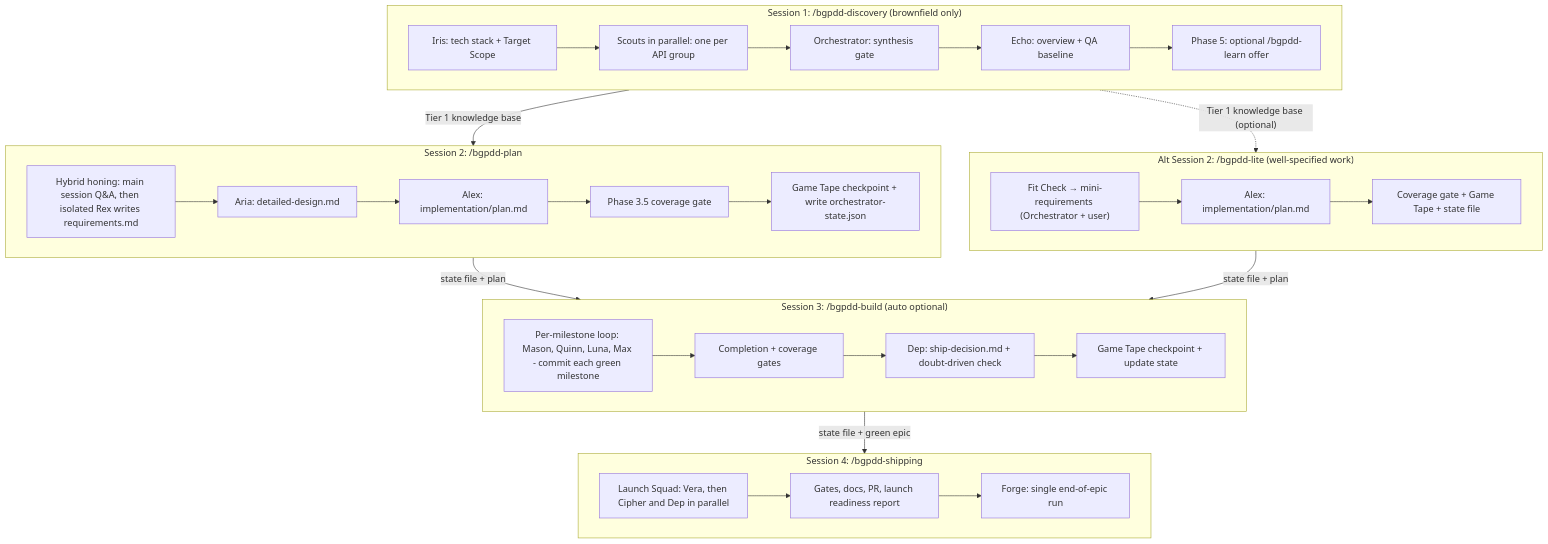
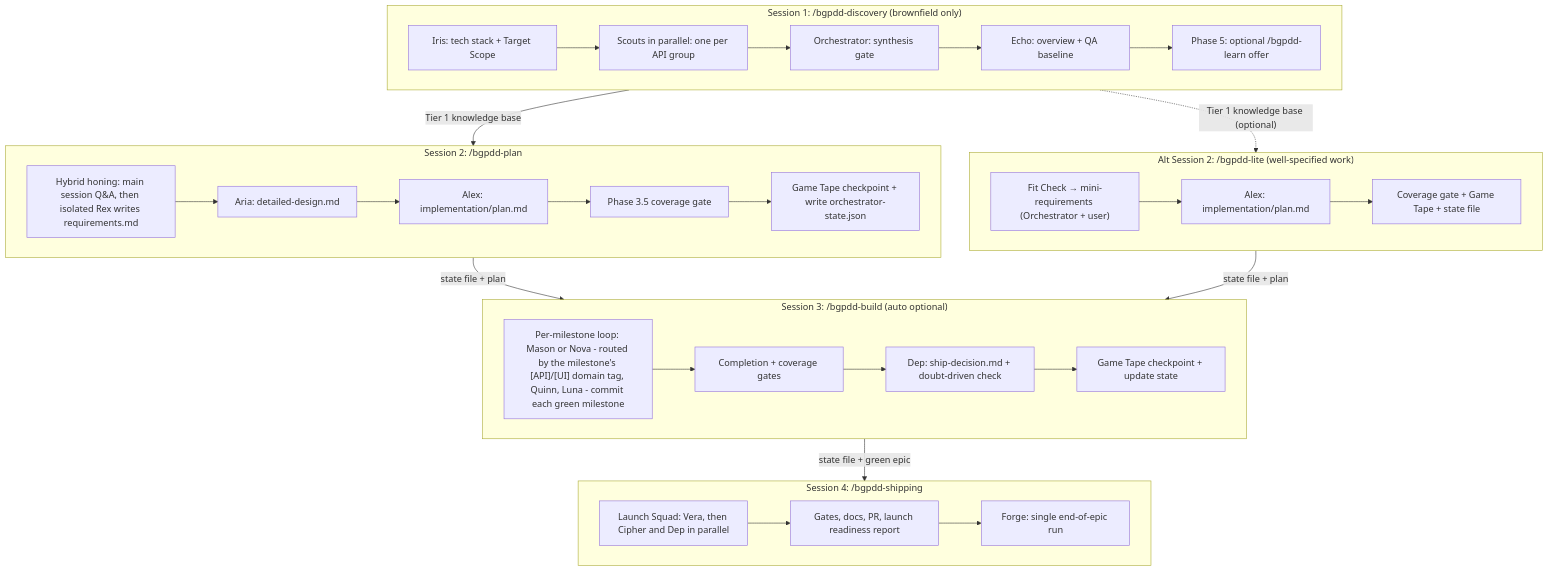
One commit to MuhammadShaharyarNaeem/blackgoat-agentskills changed the third of 7 diagrams in README.md. Above: the diagram before and after it, drawn with Mermaid. The commit also changed other lines of this file and 27 other files, not shown here.

````diff
--- a/README.md
+++ b/README.md
@@ -154,30 +155,30 @@
 ```mermaid
 flowchart TD
     subgraph S1["Session 1: /bgpdd-discovery (brownfield only)"]
         A1["Iris: tech stack + Target Scope"] --> A2["Scouts in parallel: one per API group"]
         A2 --> A3["Orchestrator: synthesis gate"] --> A4["Echo: overview + QA baseline"]
         A4 --> A5["Phase 5: optional /bgpdd-learn offer"]
     end
     subgraph S2["Session 2: /bgpdd-plan"]
         B1["Hybrid honing: main session Q&A, then isolated Rex writes requirements.md"]
         B1 --> B2["Aria: detailed-design.md"] --> B3["Alex: implementation/plan.md"]
         B3 --> B4["Phase 3.5 coverage gate"] --> B5["Game Tape checkpoint + write orchestrator-state.json"]
     end
     subgraph S2L["Alt Session 2: /bgpdd-lite (well-specified work)"]
         L1["Fit Check → mini-requirements (Orchestrator + user)"] --> L2["Alex: implementation/plan.md"] --> L3["Coverage gate + Game Tape + state file"]
     end
     subgraph S3["Session 3: /bgpdd-build (auto optional)"]
-        C1["Per-milestone loop: Mason, Quinn, Luna, Max - commit each green milestone"]
+        C1["Per-milestone loop: Mason or Nova - routed by the milestone's [API]/[UI] domain tag, Quinn, Luna - commit each green milestone"]
         C1 --> C2["Completion + coverage gates"] --> C3["Dep: ship-decision.md + doubt-driven check"]
         C3 --> C4["Game Tape checkpoint + update state"]
     end
     subgraph S4["Session 4: /bgpdd-shipping"]
         D1["Launch Squad: Vera, then Cipher and Dep in parallel"]
         D1 --> D2["Gates, docs, PR, launch readiness report"] --> D3["Forge: single end-of-epic run"]
     end
     S1 -- "Tier 1 knowledge base" --> S2
     S1 -. "Tier 1 knowledge base (optional)" .-> S2L
     S2 -- "state file + plan" --> S3
     S2L -- "state file + plan" --> S3
     S3 -- "state file + green epic" --> S4
 ```
````
